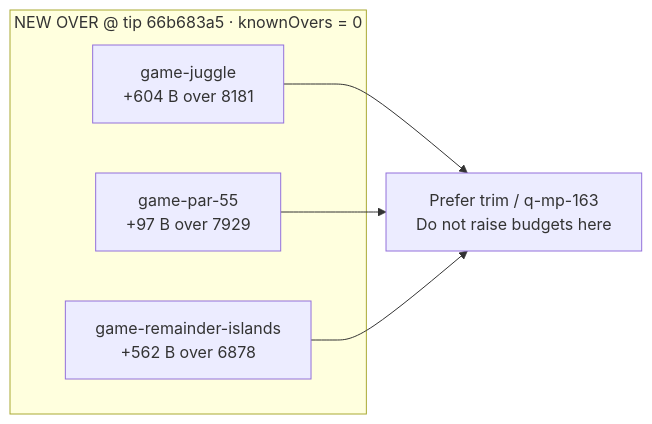
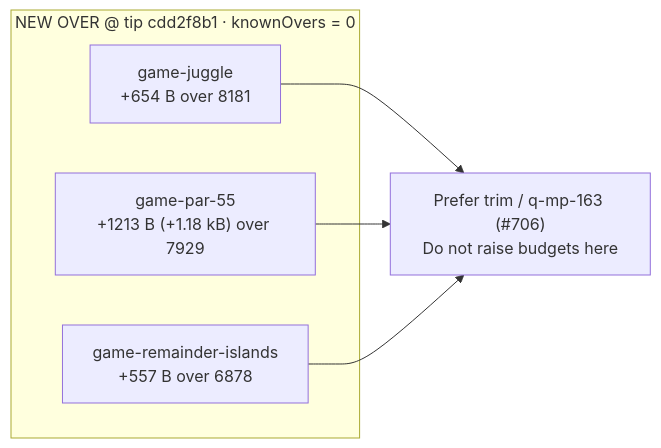
The second of 3 diagrams in docs/dev/bundle-over-2026-10-09.md (fuzzywigg/math-pentathlon), drawn with Mermaid before and after one commit. The commit also changed other lines of this file, not shown here.

First line of the commit message:
docs(q-mp-200): remeasure bundle-over after tip #700 (par-55 +1.18 kB)

````diff
--- a/docs/dev/bundle-over-2026-10-09.md
+++ b/docs/dev/bundle-over-2026-10-09.md
@@ -76,12 +95,12 @@
 ```mermaid
 flowchart LR
-  subgraph newOver ["NEW OVER @ tip 66b683a5 · knownOvers = 0"]
-    J["game-juggle<br/>+604 B over 8181"]
-    P["game-par-55<br/>+97 B over 7929"]
-    R["game-remainder-islands<br/>+562 B over 6878"]
+  subgraph newOver ["NEW OVER @ tip cdd2f8b1 · knownOvers = 0"]
+    J["game-juggle<br/>+654 B over 8181"]
+    P["game-par-55<br/>+1213 B (+1.18 kB) over 7929"]
+    R["game-remainder-islands<br/>+557 B over 6878"]
   end
-  Trim["Prefer trim / q-mp-163<br/>Do not raise budgets here"]
+  Trim["Prefer trim / q-mp-163 (#706)<br/>Do not raise budgets here"]
   J --> Trim
   P --> Trim
   R --> Trim
 ```
````
